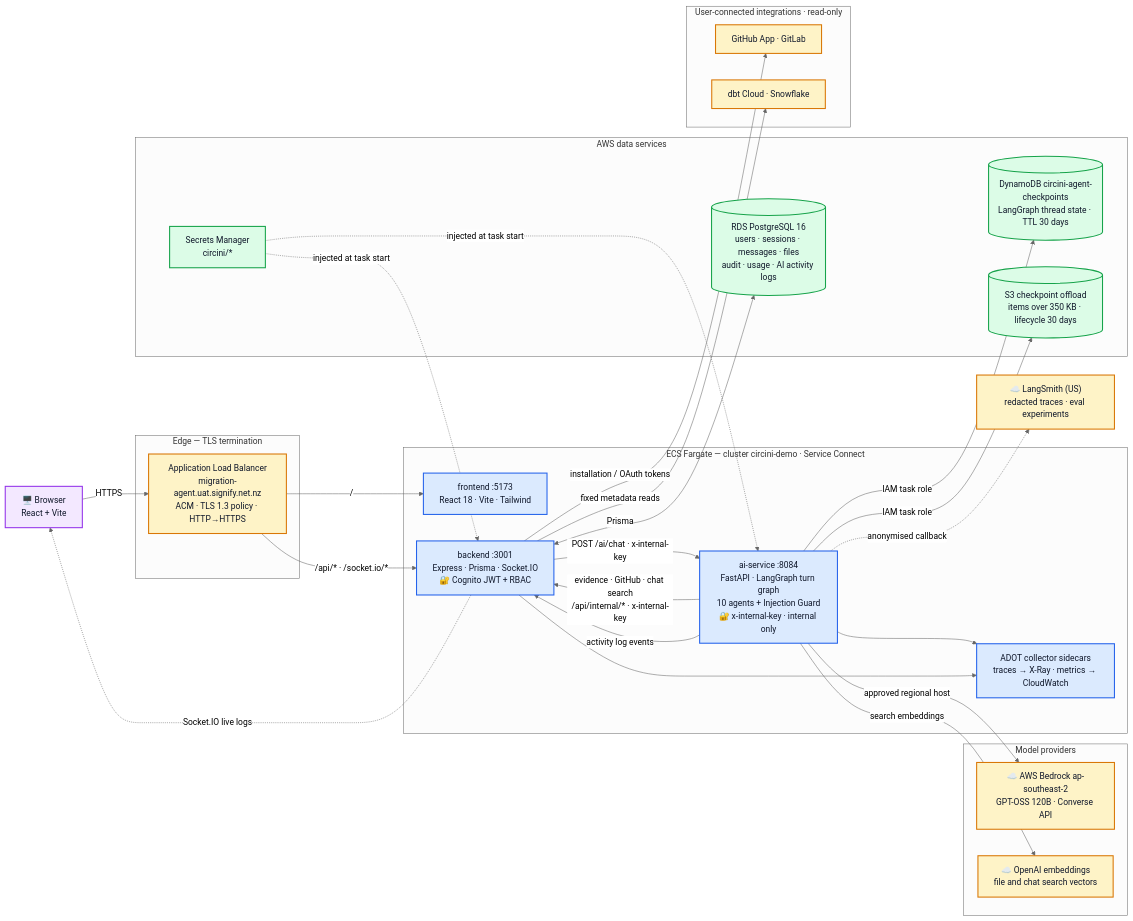
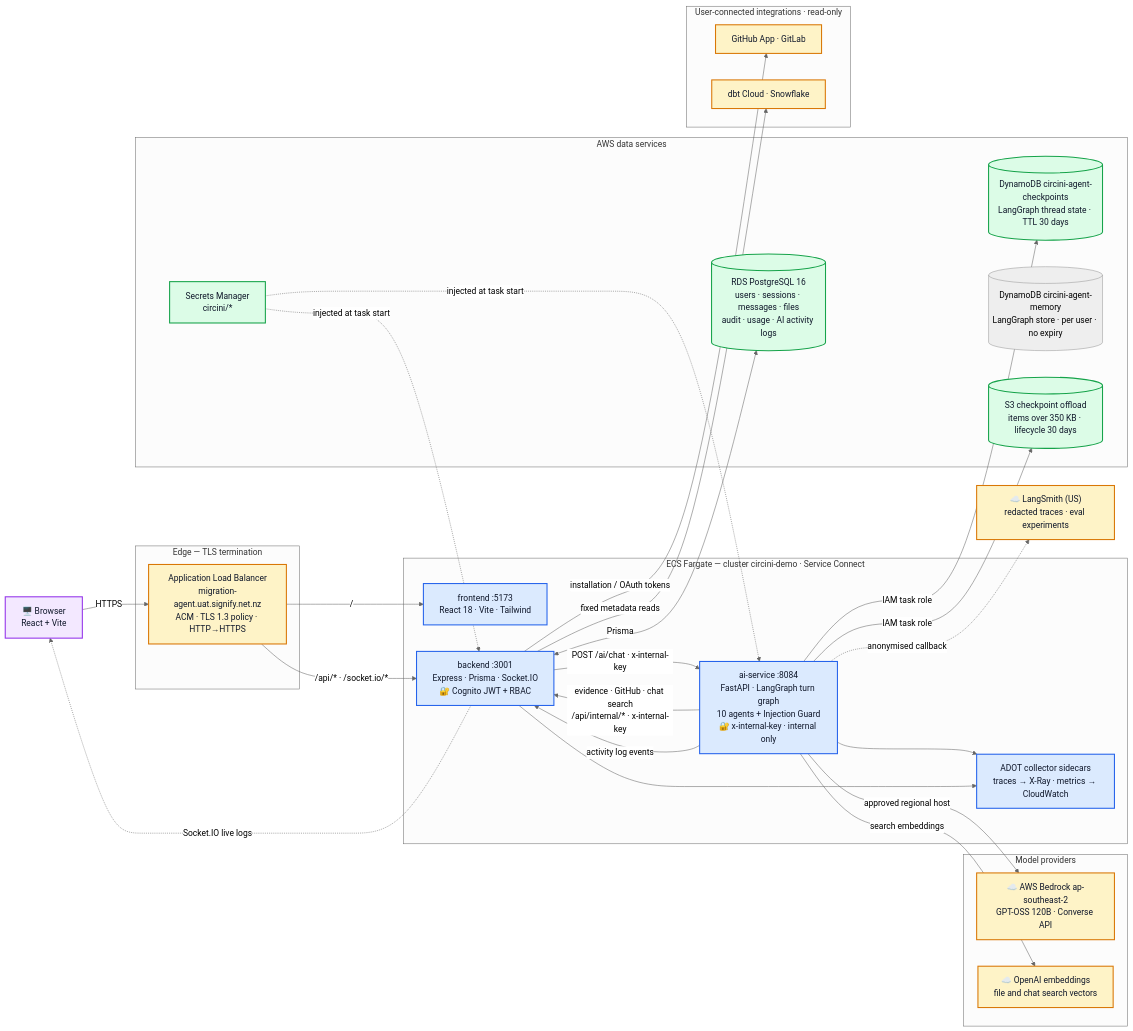
One commit to shankasf/small_migration changed the first of 8 diagrams in README.md. Above: the diagram before and after it, drawn with Mermaid (neutral theme). The commit also changed other lines of this file and 38 other files, not shown here.

First line of the commit message:
Give the agents both halves of LangGraph memory

````diff
--- a/README.md
+++ b/README.md
@@ -17,63 +17,64 @@
 ```mermaid
 flowchart LR
     U["🖥️ Browser<br/>React + Vite"]
 
     subgraph edge["Edge — TLS termination"]
         IG["Application Load Balancer<br/>migration-agent.uat.signify.net.nz<br/>ACM · TLS 1.3 policy · HTTP→HTTPS"]
     end
 
     subgraph cluster["ECS Fargate — cluster circini-demo · Service Connect"]
         FE["frontend :5173<br/>React 18 · Vite · Tailwind"]
         BE["backend :3001<br/>Express · Prisma · Socket.IO<br/>🔐 Cognito JWT + RBAC"]
         AI["ai-service :8084<br/>FastAPI · LangGraph turn graph<br/>10 agents + Injection Guard<br/>🔐 x-internal-key · internal only"]
         OT["ADOT collector sidecars<br/>traces → X-Ray · metrics → CloudWatch"]
     end
 
     subgraph data["AWS data services"]
         DB[("RDS PostgreSQL 16<br/>users · sessions · messages · files<br/>audit · usage · AI activity logs")]
         CK[("DynamoDB circini-agent-checkpoints<br/>LangGraph thread state · TTL 30 days")]
+        MEM[("DynamoDB circini-agent-memory<br/>LangGraph store · per user · no expiry")]
         S3[("S3 checkpoint offload<br/>items over 350 KB · lifecycle 30 days")]
         SM["Secrets Manager<br/>circini/*"]
     end
 
     subgraph models["Model providers"]
         BR["☁️ AWS Bedrock ap-southeast-2<br/>GPT-OSS 120B · Converse API"]
         EMB["☁️ OpenAI embeddings<br/>file and chat search vectors"]
     end
 
     subgraph integrations["User-connected integrations · read-only"]
         GH["GitHub App · GitLab"]
         DW["dbt Cloud · Snowflake"]
     end
 
     LS["☁️ LangSmith (US)<br/>redacted traces · eval experiments"]
 
     U -- HTTPS --> IG
     IG -- "/" --> FE
     IG -- "/api/* · /socket.io/*" --> BE
     BE <-- Prisma --> DB
     BE -- "POST /ai/chat · x-internal-key" --> AI
     AI -- "evidence · GitHub · chat search<br/>/api/internal/* · x-internal-key" --> BE
     AI -- "activity log events" --> BE
     BE -. "Socket.IO live logs" .-> U
     BE -- "installation / OAuth tokens" --> GH
     BE -- "fixed metadata reads" --> DW
     AI -- "IAM task role" --> CK
     AI -- "IAM task role" --> S3
     AI -- "approved regional host" --> BR
     AI -- "search embeddings" --> EMB
     AI -. "anonymised callback" .-> LS
     AI --> OT
     BE --> OT
     SM -. "injected at task start" .-> AI
     SM -. "injected at task start" .-> BE
 
     classDef svc fill:#dbeafe,stroke:#2563eb,stroke-width:2px,color:#0f172a
     classDef data fill:#dcfce7,stroke:#16a34a,stroke-width:2px,color:#0f172a
     classDef ext fill:#fef3c7,stroke:#d97706,stroke-width:2px,color:#0f172a
     classDef client fill:#f3e8ff,stroke:#9333ea,stroke-width:2px,color:#0f172a
     class FE,BE,AI,OT svc
     class DB,CK,S3,SM data
     class BR,EMB,LS,IG,GH,DW ext
     class U client
 ```
````
